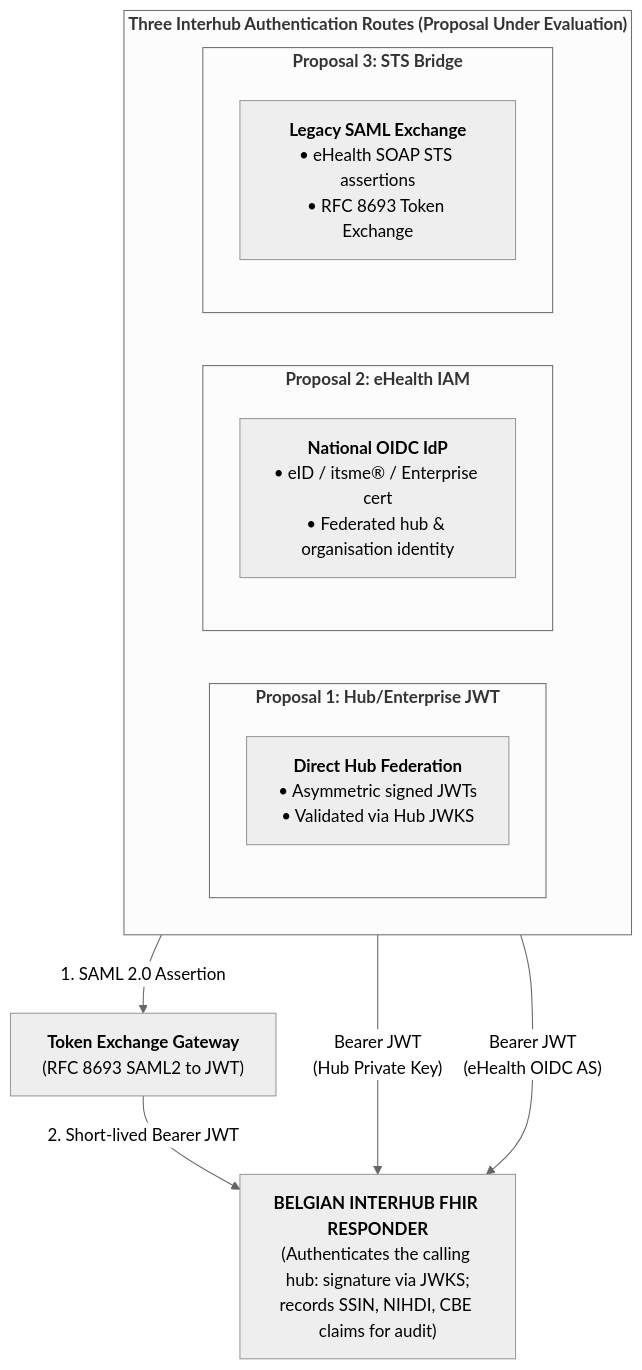
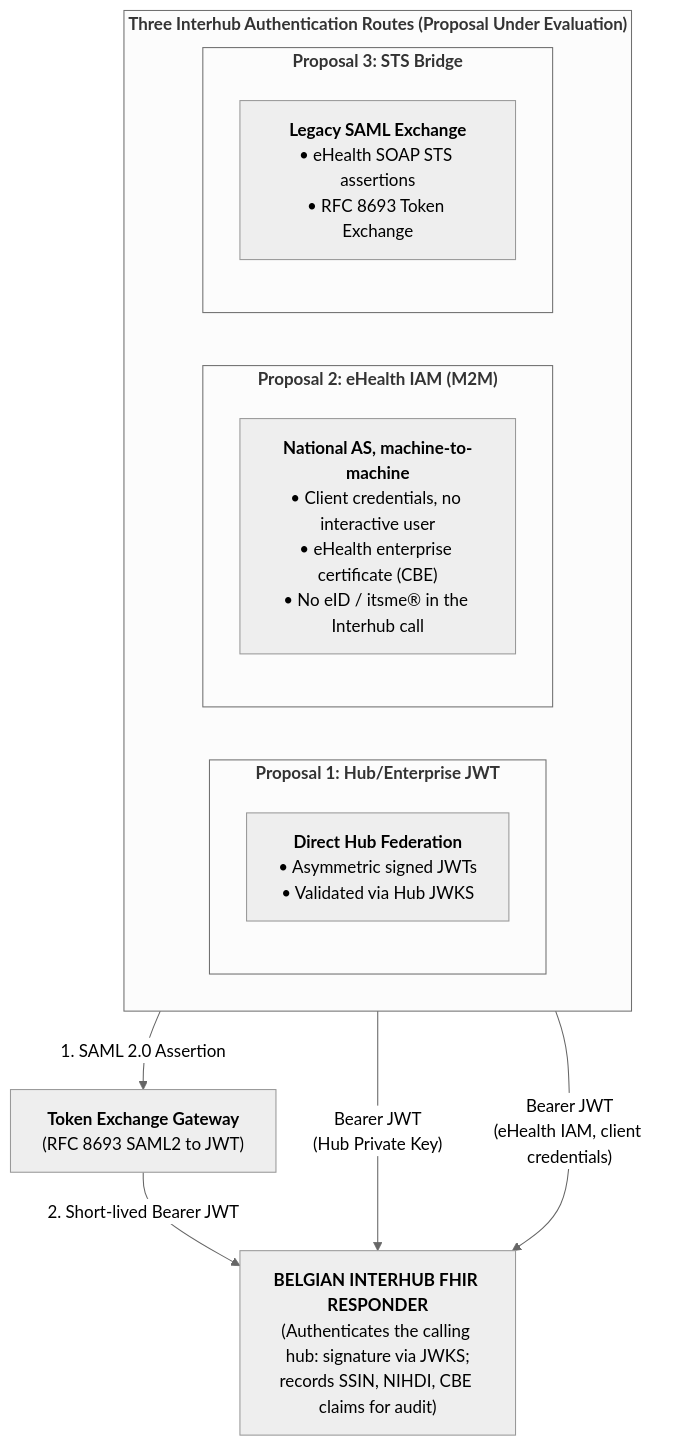
The second of 5 diagrams in input/pagecontent/security.md (Erwin-Bellon/hubsharing), drawn with Mermaid (neutral theme) before and after one commit. The commit also changed other lines of this file and 11 other files, not shown here.

````diff
--- a/input/pagecontent/security.md
+++ b/input/pagecontent/security.md
@@ -56,22 +56,22 @@
 ```mermaid
 flowchart TD
     subgraph Routes["<b>Three Interhub Authentication Routes (Proposal Under Evaluation)</b>"]
         direction LR
         subgraph Route1["<b>Proposal 1: Hub/Enterprise JWT</b>"]
             R1["<b>Direct Hub Federation</b><br/>• Asymmetric signed JWTs<br/>• Validated via Hub JWKS"]
         end
-        subgraph Route2["<b>Proposal 2: eHealth IAM</b>"]
-            R2["<b>National OIDC IdP</b><br/>• eID / itsme® / Enterprise cert<br/>• Federated hub & organisation identity"]
+        subgraph Route2["<b>Proposal 2: eHealth IAM (M2M)</b>"]
+            R2["<b>National AS, machine-to-machine</b><br/>• Client credentials, no interactive user<br/>• eHealth enterprise certificate (CBE)<br/>• No eID / itsme® in the Interhub call"]
         end
         subgraph Route3["<b>Proposal 3: STS Bridge</b>"]
             R3["<b>Legacy SAML Exchange</b><br/>• eHealth SOAP STS assertions<br/>• RFC 8693 Token Exchange"]
         end
     end
 
     Responder["<b>BELGIAN INTERHUB FHIR RESPONDER</b><br/>(Authenticates the calling hub: signature via JWKS;<br/>records SSIN, NIHDI, CBE claims for audit)"]
 
     Route1 -->|"Bearer JWT<br/>(Hub Private Key)"| Responder
-    Route2 -->|"Bearer JWT<br/>(eHealth OIDC AS)"| Responder
+    Route2 -->|"Bearer JWT<br/>(eHealth IAM, client credentials)"| Responder
     Route3 -->|"1. SAML 2.0 Assertion"| TokenGateway["<b>Token Exchange Gateway</b><br/>(RFC 8693 SAML2 to JWT)"]
     TokenGateway -->|"2. Short-lived Bearer JWT"| Responder
 ```
````
